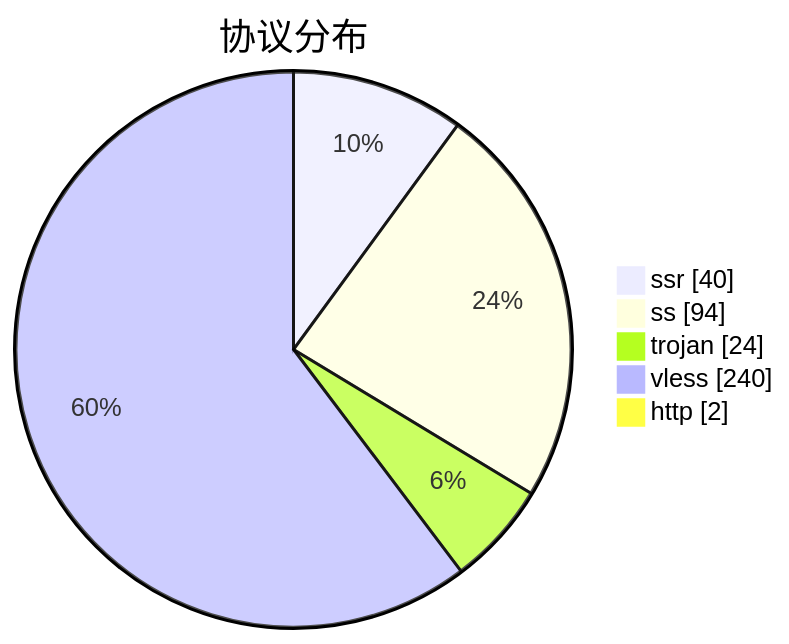
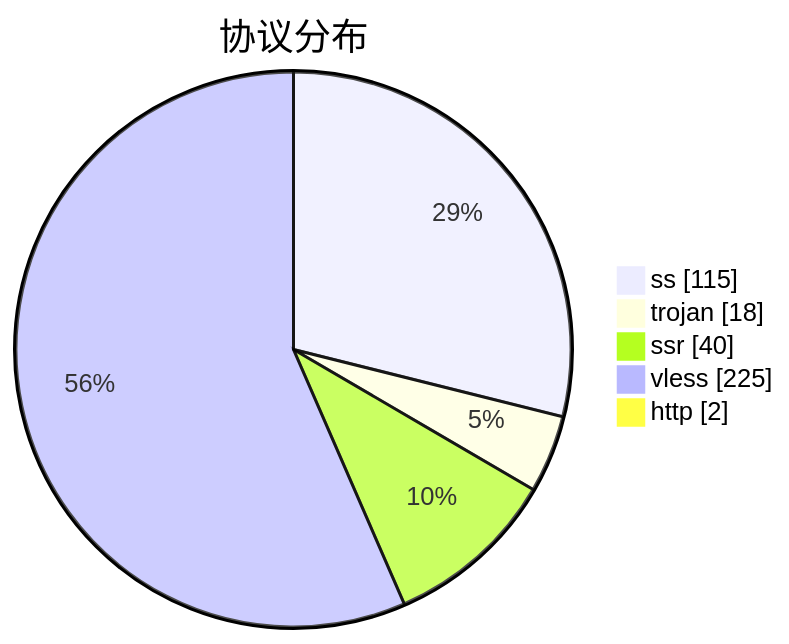
One commit to qjlxg/airport changed the third of 3 diagrams in subs/statistics/tested_within.md. Above: the diagram before and after it, drawn with Mermaid. The commit also changed other lines of this file and 2 other files, not shown here.

````diff
--- a/subs/statistics/tested_within.md
+++ b/subs/statistics/tested_within.md
@@ -19,9 +20,9 @@
 ```mermaid
 pie showData
 title 协议分布
+"ss" : 115
+"trojan" : 18
 "ssr" : 40
-"ss" : 94
-"trojan" : 24
-"vless" : 240
+"vless" : 225
 "http" : 2
 ```
````
